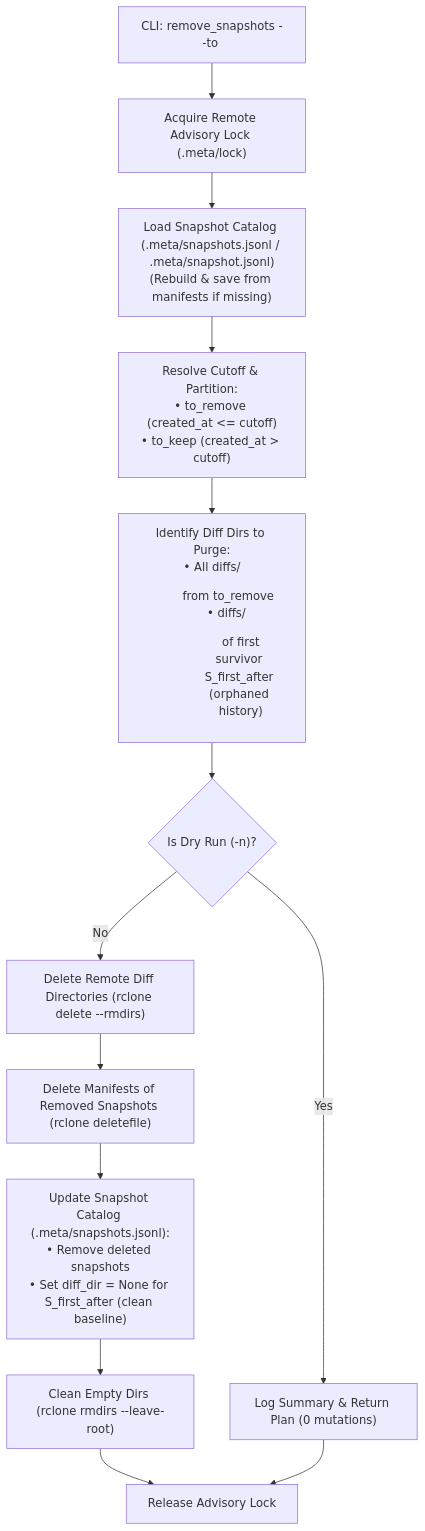
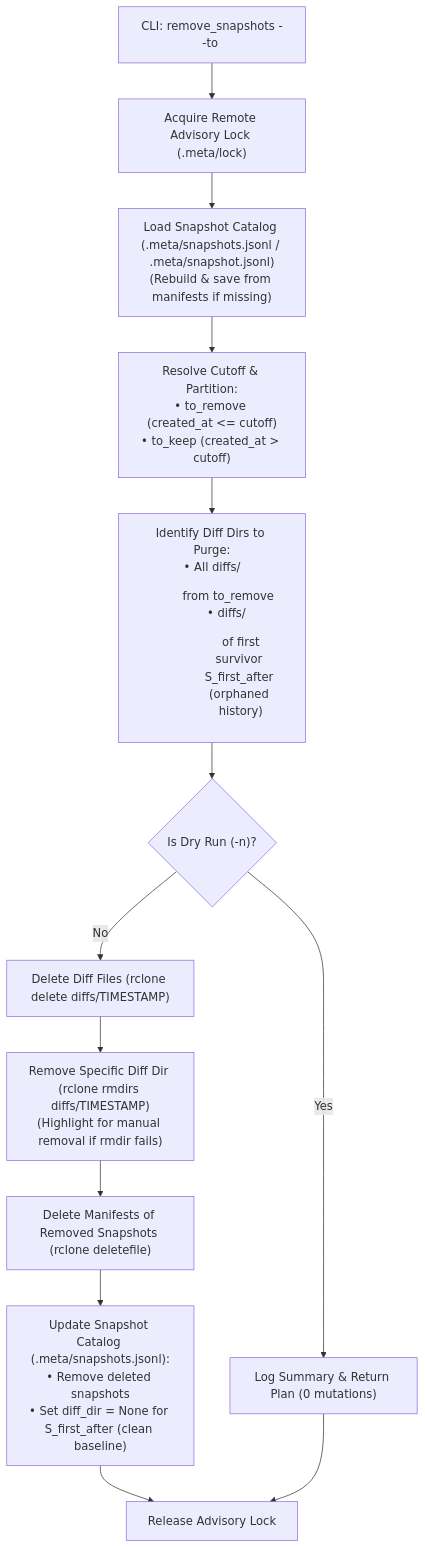
Before and after one commit to shabeer/incr_backup: the fifth of 5 diagrams in docs/developer.md, drawn with Mermaid. The commit also changed other lines of this file and 8 other files, not shown here.

````diff
--- a/docs/developer.md
+++ b/docs/developer.md
@@ -693,15 +693,15 @@
 ```mermaid
 flowchart TD
     A["CLI: remove_snapshots --to <cutoff>"] --> B["Acquire Remote Advisory Lock (.meta/lock)"]
     B --> C["Load Snapshot Catalog (.meta/snapshots.jsonl / .meta/snapshot.jsonl)<br/>(Rebuild & save from manifests if missing)"]
     C --> D["Resolve Cutoff & Partition:<br/>• to_remove (created_at <= cutoff)<br/>• to_keep (created_at > cutoff)"]
     D --> E["Identify Diff Dirs to Purge:<br/>• All diffs/<dir> from to_remove<br/>• diffs/<dir> of first survivor S_first_after (orphaned history)"]
     E --> F{"Is Dry Run (-n)?"}
     F -->|Yes| G["Log Summary & Return Plan (0 mutations)"]
-    F -->|No| H["Delete Remote Diff Directories (rclone delete --rmdirs)"]
-    H --> I["Delete Manifests of Removed Snapshots (rclone deletefile)"]
-    I --> J["Update Snapshot Catalog (.meta/snapshots.jsonl):<br/>• Remove deleted snapshots<br/>• Set diff_dir = None for S_first_after (clean baseline)"]
-    J --> K["Clean Empty Dirs (rclone rmdirs --leave-root)"]
+    F -->|No| H["Delete Diff Files (rclone delete diffs/TIMESTAMP)"]
+    H --> I["Remove Specific Diff Dir (rclone rmdirs diffs/TIMESTAMP)<br/>(Highlight for manual removal if rmdir fails)"]
+    I --> J["Delete Manifests of Removed Snapshots (rclone deletefile)"]
+    J --> K["Update Snapshot Catalog (.meta/snapshots.jsonl):<br/>• Remove deleted snapshots<br/>• Set diff_dir = None for S_first_after (clean baseline)"]
     K --> L["Release Advisory Lock"]
     G --> L
 ```
````
